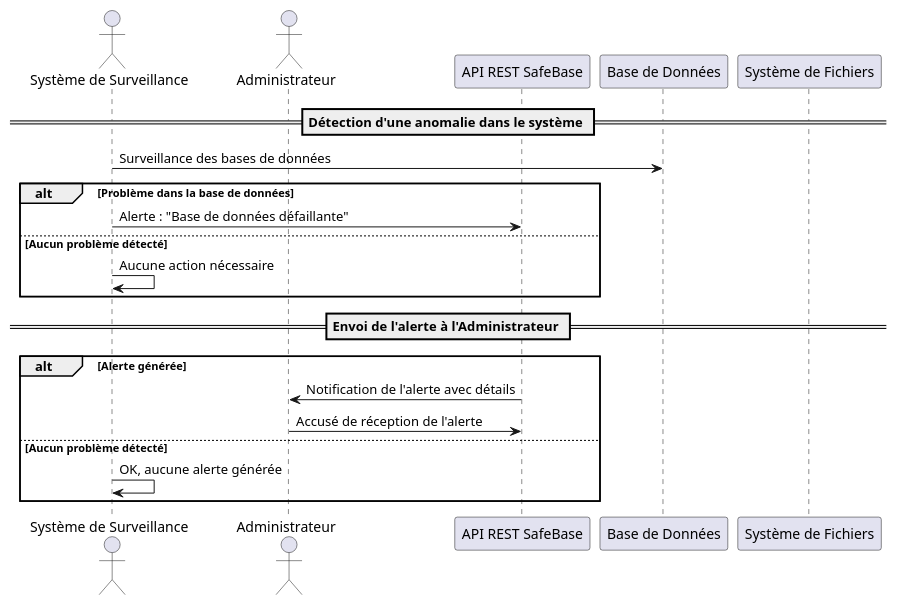
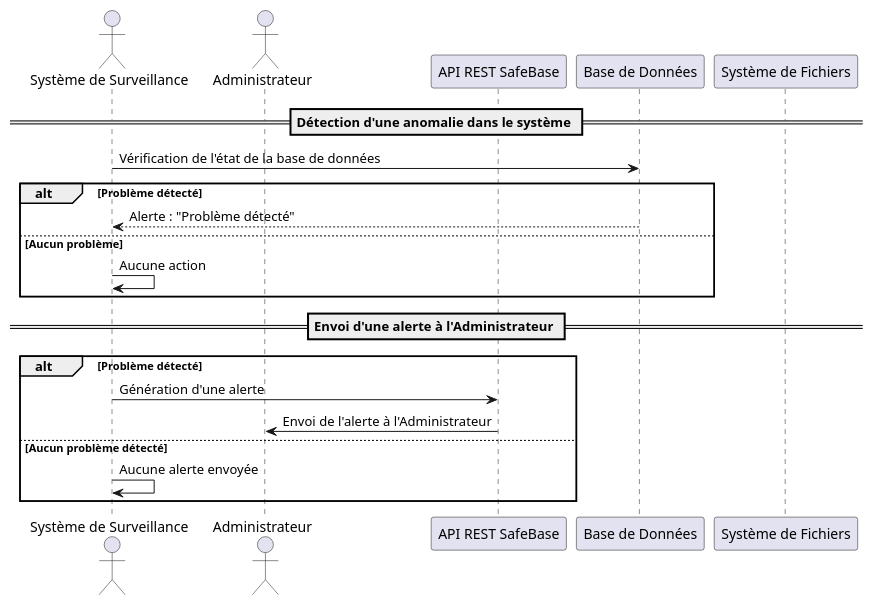
Before and after one commit to benoit-bremaud/plateforme-safebase: the sixth of 12 diagrams in docs/uml/diagramme_sequence.md, drawn with PlantUML. The commit also changed other lines of this file, not shown here.

First line of the commit message:
docs(diagram-sequence): synthesize and finalize UML sequence diagrams

````diff
--- a/docs/uml/diagramme_sequence.md
+++ b/docs/uml/diagramme_sequence.md
@@ -424,25 +303,25 @@
 ```plantuml
 @startuml
 actor "Système de Surveillance" as Monitor
 actor "Administrateur" as Admin
 participant "API REST SafeBase" as API
 participant "Base de Données" as DB
 participant "Système de Fichiers" as FS
 
 == Détection d'une anomalie dans le système ==
-Monitor -> DB : Surveillance des bases de données
-alt Problème dans la base de données
-  Monitor -> API : Alerte : "Base de données défaillante"
-else Aucun problème détecté
-  Monitor -> Monitor : Aucune action nécessaire
+Monitor -> DB : Vérification de l'état de la base de données
+alt Problème détecté
+    DB --> Monitor : Alerte : "Problème détecté"
+else Aucun problème
+    Monitor -> Monitor : Aucune action
 end alt
 
-== Envoi de l'alerte à l'Administrateur ==
-alt Alerte générée
-  API -> Admin : Notification de l'alerte avec détails
-  Admin -> API : Accusé de réception de l'alerte
+== Envoi d'une alerte à l'Administrateur ==
+alt Problème détecté
+    Monitor -> API : Génération d'une alerte
+    API -> Admin : Envoi de l'alerte à l'Administrateur
 else Aucun problème détecté
-  Monitor -> Monitor : OK, aucune alerte générée
+    Monitor -> Monitor : Aucune alerte envoyée
 end alt
 @enduml
 ```
````
